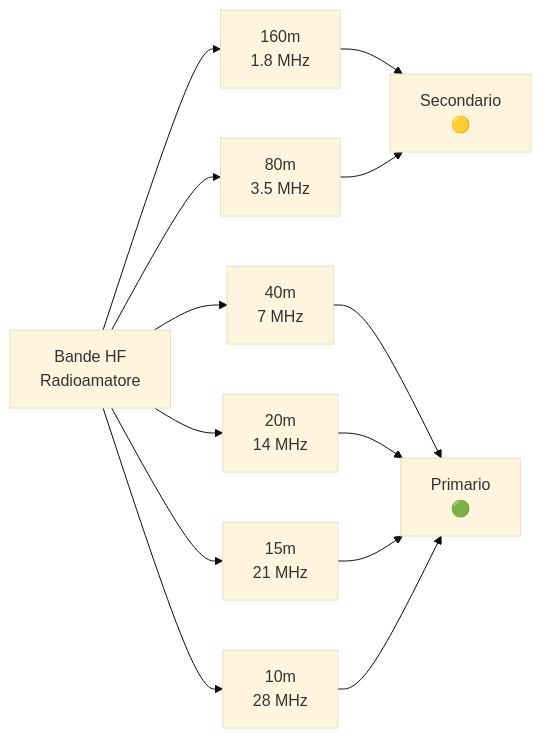
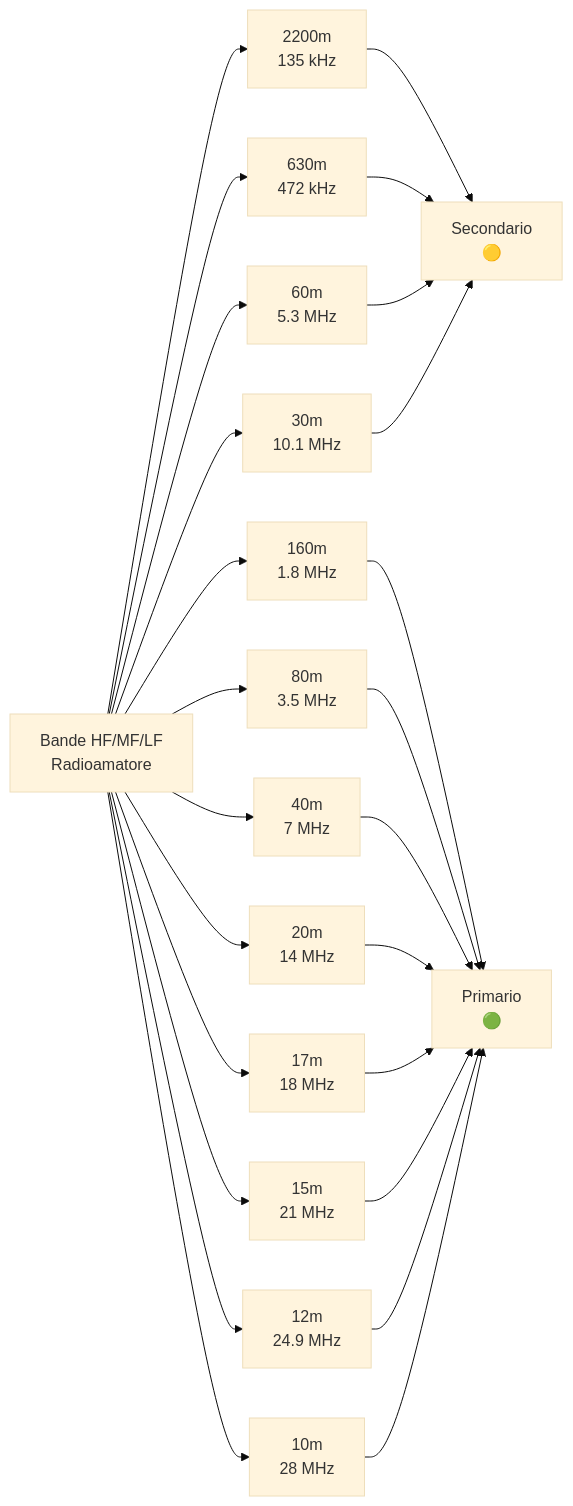
One commit to IU6VYG/esame-radioamatori changed the third of 4 diagrams in website/docs/C_Regolamentazione/1_Regolamento_Radiocomunicazioni_UIT.md. Above: the diagram before and after it, drawn with Mermaid (base theme). The commit also changed other lines of this file and 1 other file, not shown here.

````diff
--- a/website/docs/C_Regolamentazione/1_Regolamento_Radiocomunicazioni_UIT.md
+++ b/website/docs/C_Regolamentazione/1_Regolamento_Radiocomunicazioni_UIT.md
@@ -148,15 +196,27 @@
 ```mermaid
 graph LR;
-    HF["Bande HF<br>Radioamatore"] --> Banda160["160m<br>1.8 MHz"];
+    HF["Bande HF/MF/LF<br>Radioamatore"] --> Banda2200["2200m<br>135 kHz"];
+    HF --> Banda630["630m<br>472 kHz"];
+    HF --> Banda160["160m<br>1.8 MHz"];
     HF --> Banda80["80m<br>3.5 MHz"];
+    HF --> Banda60["60m<br>5.3 MHz"];
     HF --> Banda40["40m<br>7 MHz"];
+    HF --> Banda30["30m<br>10.1 MHz"];
     HF --> Banda20["20m<br>14 MHz"];
+    HF --> Banda17["17m<br>18 MHz"];
     HF --> Banda15["15m<br>21 MHz"];
+    HF --> Banda12["12m<br>24.9 MHz"];
     HF --> Banda10["10m<br>28 MHz"];
-    Banda40 --> Primario["Primario<br>🟢"];
+    Banda160 --> Primario["Primario<br>🟢"];
+    Banda80 --> Primario;
+    Banda40 --> Primario;
     Banda20 --> Primario;
+    Banda17 --> Primario;
     Banda15 --> Primario;
+    Banda12 --> Primario;
     Banda10 --> Primario;
-    Banda160 --> Secondario["Secondario<br>🟡"];
-    Banda80 --> Secondario;
+    Banda2200 --> Secondario["Secondario<br>🟡"];
+    Banda630 --> Secondario;
+    Banda60 --> Secondario;
+    Banda30 --> Secondario;
 ```
````
